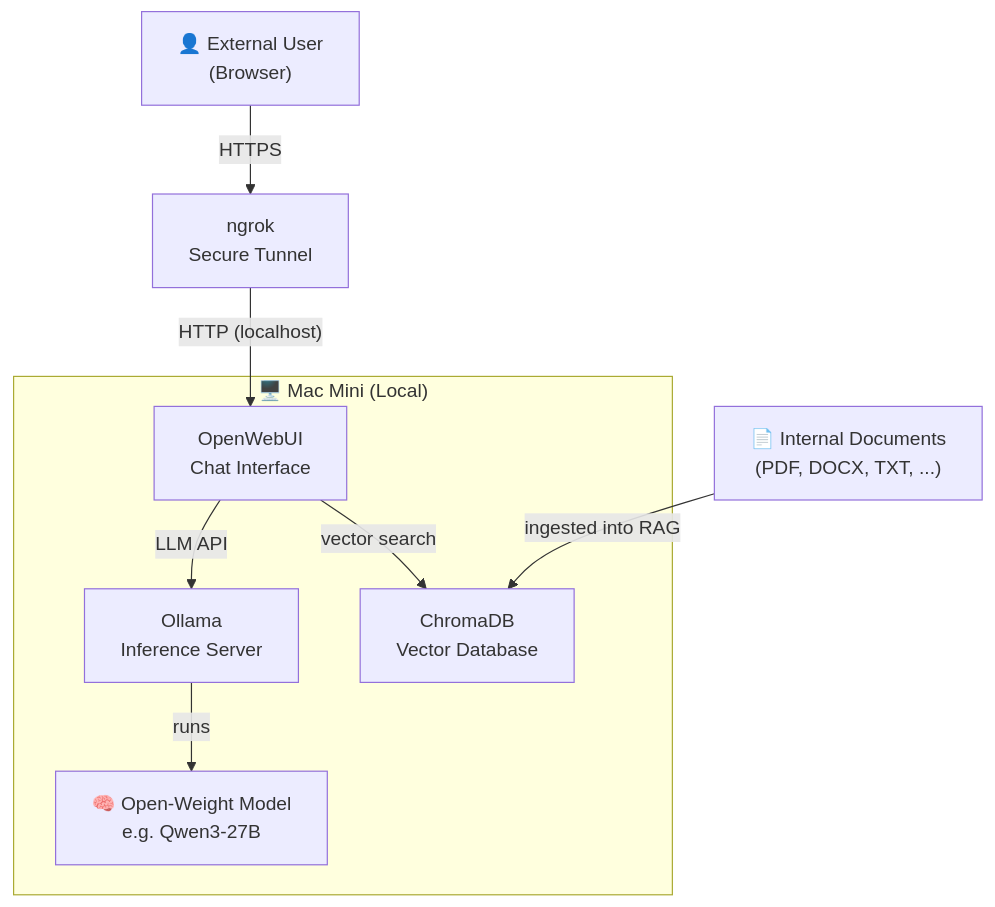
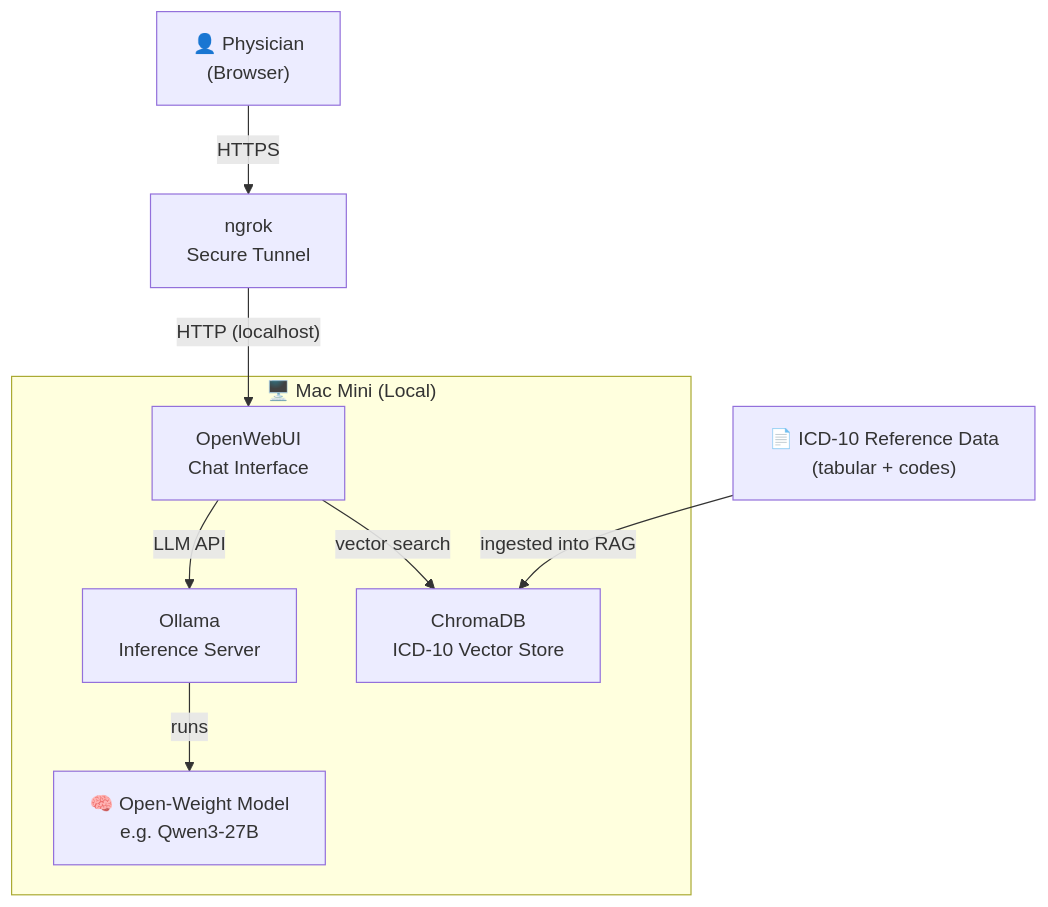
The first of 2 diagrams in README.md (DieProduktMacher/hackathon-jane-local-llm), drawn with Mermaid before and after one commit. The commit also changed other lines of this file, not shown here.

````diff
--- a/README.md
+++ b/README.md
@@ -7,24 +30,24 @@
 ```mermaid
 graph TD
-    User["👤 External User<br/>(Browser)"]
+    User["👤 Physician<br/>(Browser)"]
     Ngrok["ngrok<br/>Secure Tunnel"]
     OpenWebUI["OpenWebUI<br/>Chat Interface"]
     Ollama["Ollama<br/>Inference Server"]
     Model["🧠 Open-Weight Model<br/>e.g. Qwen3-27B"]
-    Chroma["ChromaDB<br/>Vector Database"]
-    Docs["📄 Internal Documents<br/>(PDF, DOCX, TXT, ...)"]
+    Chroma["ChromaDB<br/>ICD-10 Vector Store"]
+    Docs["📄 ICD-10 Reference Data<br/>(tabular + codes)"]
 
     subgraph Mac Mini ["🖥️ Mac Mini (Local)"]
         OpenWebUI
         Ollama
         Model
         Chroma
     end
 
     User -- "HTTPS" --> Ngrok
     Ngrok -- "HTTP (localhost)" --> OpenWebUI
     OpenWebUI -- "LLM API" --> Ollama
     Ollama -- "runs" --> Model
     OpenWebUI -- "vector search" --> Chroma
     Docs -- "ingested into RAG" --> Chroma
 ```
````
